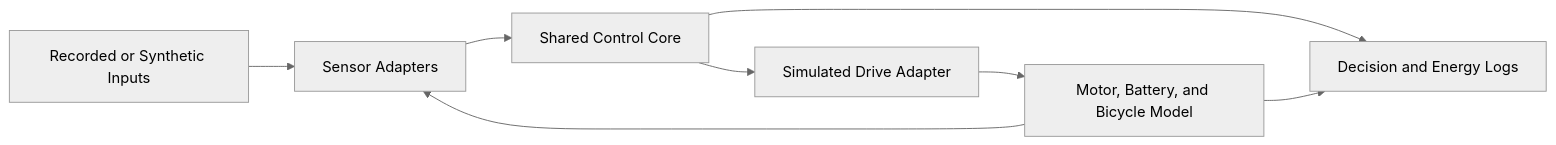
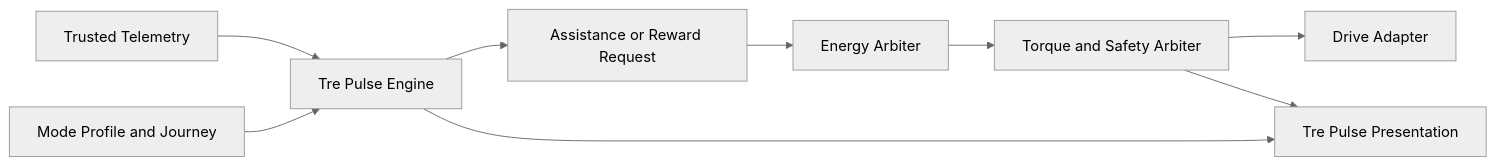
Before and after one commit to tspreck/ferrous-drive: the diagram in docs/architecture.md, drawn with Mermaid (neutral theme). The commit also changed other lines of this file and 1 other file, not shown here.

````diff
--- a/docs/architecture.md
+++ b/docs/architecture.md
@@ -551,17 +99,20 @@
 ```mermaid
 flowchart LR
-    Recorded[Recorded or Synthetic Inputs]
-    Sensors[Sensor Adapters]
-    Core[Shared Control Core]
-    Driver[Simulated Drive Adapter]
-    Plant[Motor, Battery, and Bicycle Model]
-    Logs[Decision and Energy Logs]
+    Inputs[Trusted Telemetry]
+    Context[Mode Profile and Journey]
+    Tre[Tre Pulse Engine]
+    Reward[Assistance or Reward Request]
+    Energy[Energy Arbiter]
+    Torque[Torque and Safety Arbiter]
+    Drive[Drive Adapter]
+    UI[Tre Pulse Presentation]
 
-    Recorded --> Sensors
-    Sensors --> Core
-    Core --> Driver
-    Driver --> Plant
-    Plant --> Sensors
-    Core --> Logs
-    Plant --> Logs
+    Inputs --> Tre
+    Context --> Tre
+    Tre --> Reward
+    Tre --> UI
+    Reward --> Energy
+    Energy --> Torque
+    Torque --> Drive
+    Torque --> UI
 ```
````
